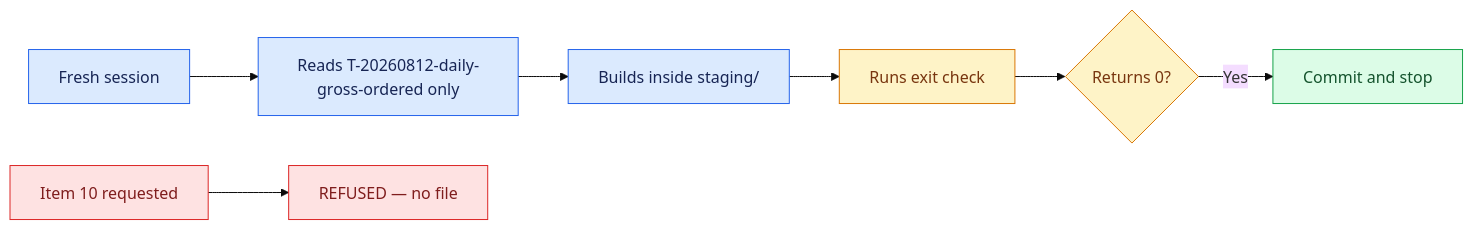
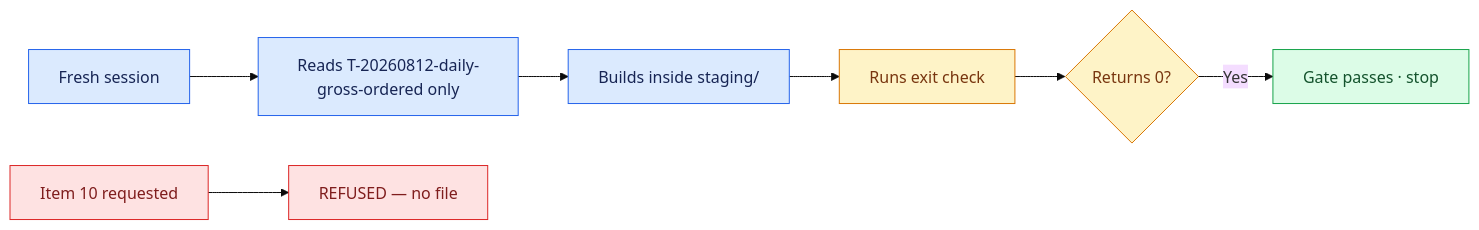
One commit to emersonnaka/uc-transact-co changed the diagram in live/d3/06-execute-one.md. Above: the diagram before and after it, drawn with Mermaid (base theme). The commit also changed other lines of this file and 5 other files, not shown here.

````diff
--- a/live/d3/06-execute-one.md
+++ b/live/d3/06-execute-one.md
@@ -18,18 +18,18 @@
 ```mermaid
 flowchart LR
     A[Fresh session] --> B[Reads T-20260812-daily-gross-ordered only]
     B --> C[Builds inside staging/]
     C --> D[Runs exit check]
     D --> E{Returns 0?}
-    E -->|Yes| F[Commit and stop]
+    E -->|Yes| F[Gate passes · stop]
     G[Item 10 requested] --> H[REFUSED — no file]
 
     classDef build fill:#DBEAFE,stroke:#2563EB,color:#172554
     classDef gate fill:#FEF3C7,stroke:#D97706,color:#78350F
     classDef pass fill:#DCFCE7,stroke:#16A34A,color:#14532D
     classDef stop fill:#FEE2E2,stroke:#DC2626,color:#7F1D1D
     class A,B,C build
     class D,E gate
     class F pass
     class G,H stop
 ```
````
